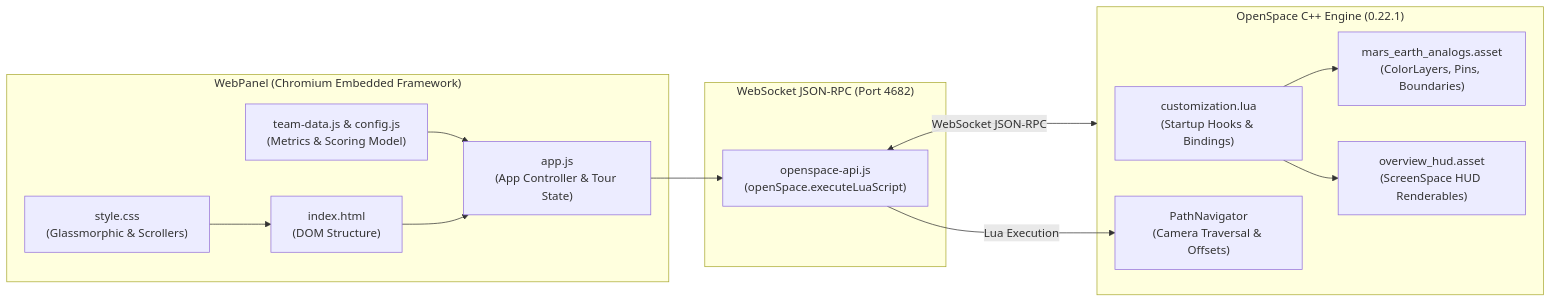
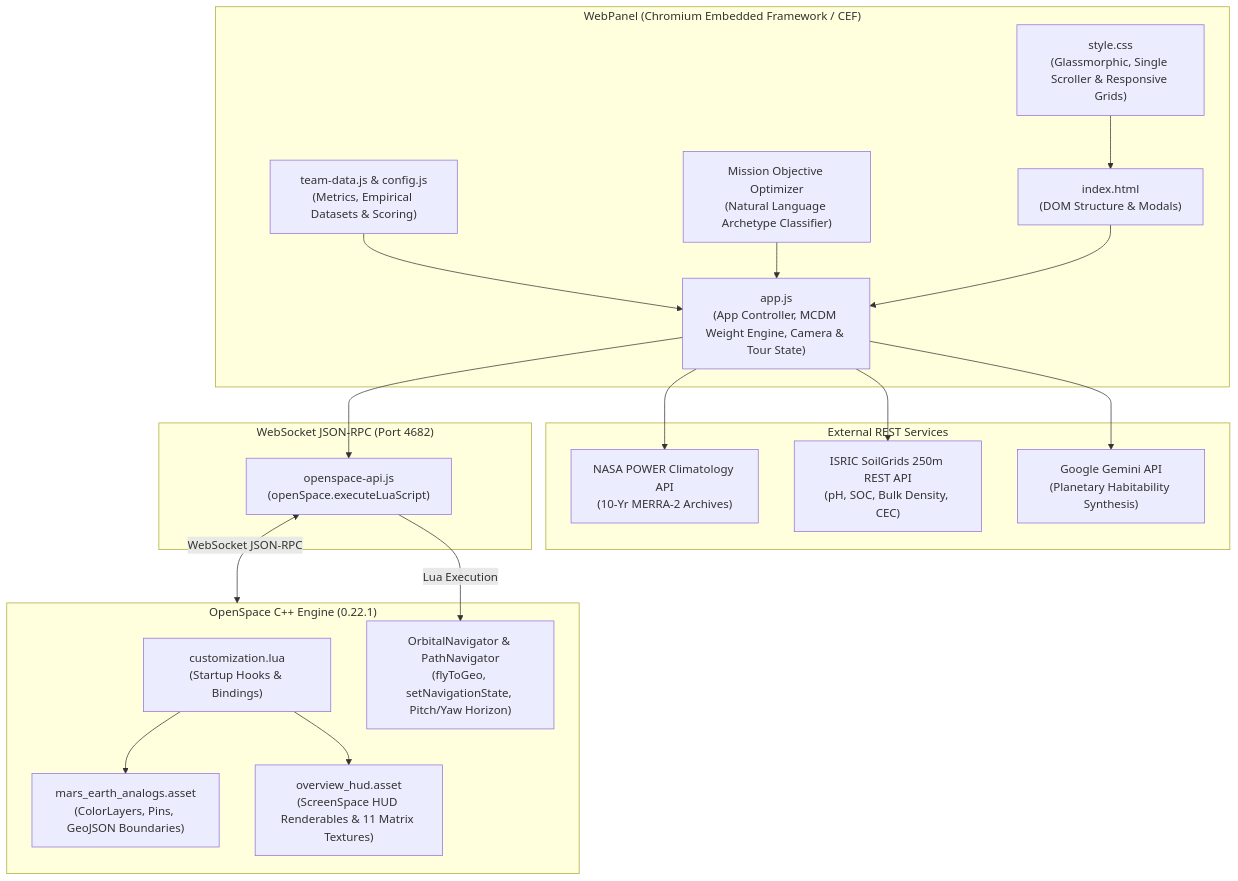
One commit to bertrandejuan/InterSESHllar changed the diagram in TECHNICAL_CODE_ONE_PAGER.md. Above: the diagram before and after it, drawn with Mermaid. The commit also changed other lines of this file and 5 other files, not shown here.

Commit message:
Update all documentation markdown files with new capabilities: tangent Side View camera, Decision Matrix MCDM, Mission Optimizer, SoilGrids astrobiology telemetry, and HUD textures

````diff
--- a/TECHNICAL_CODE_ONE_PAGER.md
+++ b/TECHNICAL_CODE_ONE_PAGER.md
@@ -7,29 +7,40 @@
 ```mermaid
-flowchart LR
-    subgraph UI ["WebPanel (Chromium Embedded Framework)"]
-        HTML["index.html\n(DOM Structure)"]
-        CSS["style.css\n(Glassmorphic & Scrollers)"]
-        APP["app.js\n(App Controller & Tour State)"]
-        DATA["team-data.js & config.js\n(Metrics & Scoring Model)"]
+flowchart TD
+    subgraph UI ["WebPanel (Chromium Embedded Framework / CEF)"]
+        HTML["index.html\n(DOM Structure & Modals)"]
+        CSS["style.css\n(Glassmorphic, Single Scroller & Responsive Grids)"]
+        APP["app.js\n(App Controller, MCDM Weight Engine, Camera & Tour State)"]
+        DATA["team-data.js & config.js\n(Metrics, Empirical Datasets & Scoring)"]
+        OPT["Mission Objective Optimizer\n(Natural Language Archetype Classifier)"]
+    end
+
+    subgraph ExternalAPIs ["External REST Services"]
+        NASA["NASA POWER Climatology API\n(10-Yr MERRA-2 Archives)"]
+        SOIL["ISRIC SoilGrids 250m REST API\n(pH, SOC, Bulk Density, CEC)"]
+        GEMINI["Google Gemini API\n(Planetary Habitability Synthesis)"]
     end
 
     subgraph Bridge ["WebSocket JSON-RPC (Port 4682)"]
         API["openspace-api.js\n(openSpace.executeLuaScript)"]
     end
 
     subgraph Engine ["OpenSpace C++ Engine (0.22.1)"]
         LUA["customization.lua\n(Startup Hooks & Bindings)"]
-        ASSET["mars_earth_analogs.asset\n(ColorLayers, Pins, Boundaries)"]
-        HUD["overview_hud.asset\n(ScreenSpace HUD Renderables)"]
-        NAV["PathNavigator\n(Camera Traversal & Offsets)"]
+        ASSET["mars_earth_analogs.asset\n(ColorLayers, Pins, GeoJSON Boundaries)"]
+        HUD["overview_hud.asset\n(ScreenSpace HUD Renderables & 11 Matrix Textures)"]
+        NAV["OrbitalNavigator & PathNavigator\n(flyToGeo, setNavigationState, Pitch/Yaw Horizon)"]
     end
 
     APP --> API
     DATA --> APP
+    OPT --> APP
     HTML --> APP
     CSS --> HTML
+    APP --> NASA
+    APP --> SOIL
+    APP --> GEMINI
     API <-->|WebSocket JSON-RPC| Engine
     LUA --> ASSET
     LUA --> HUD
     API -->|Lua Execution| NAV
 ```
````
